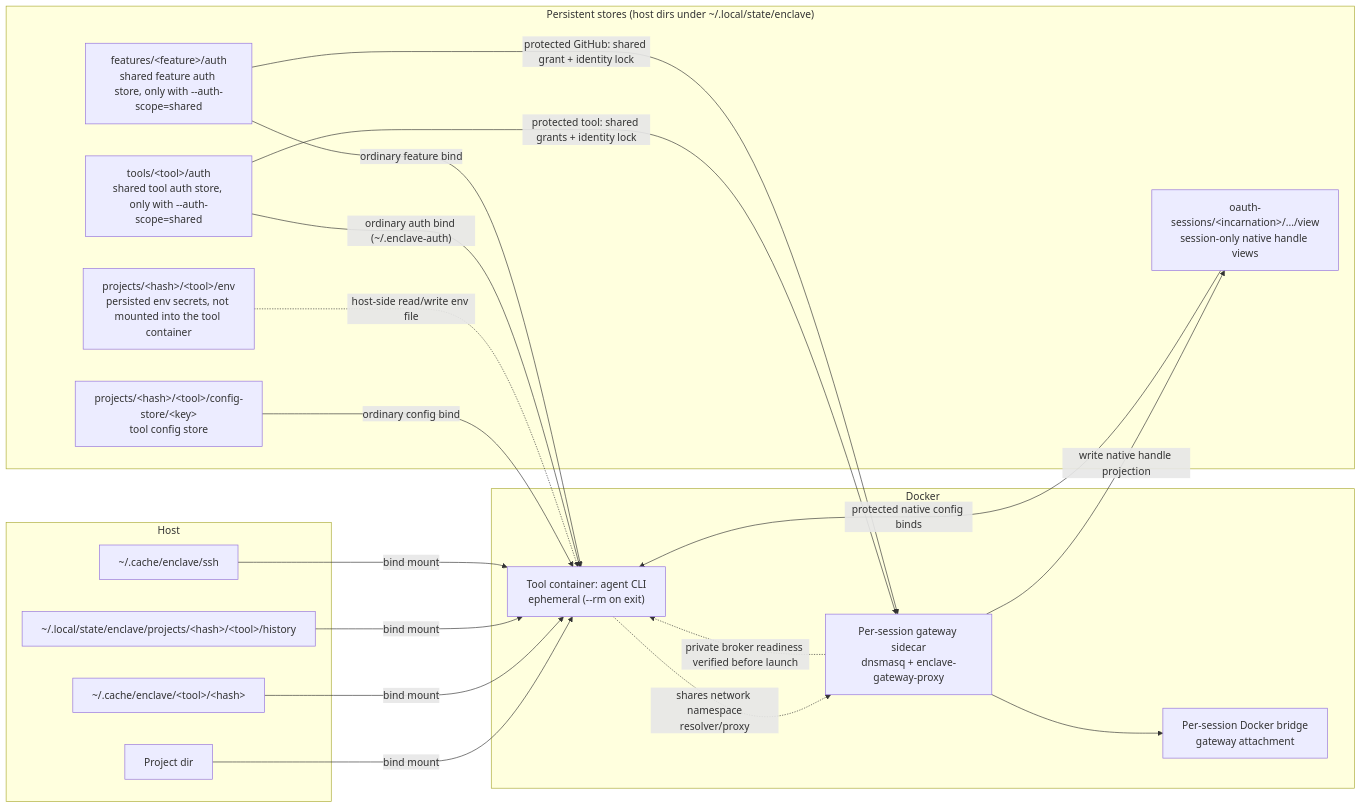
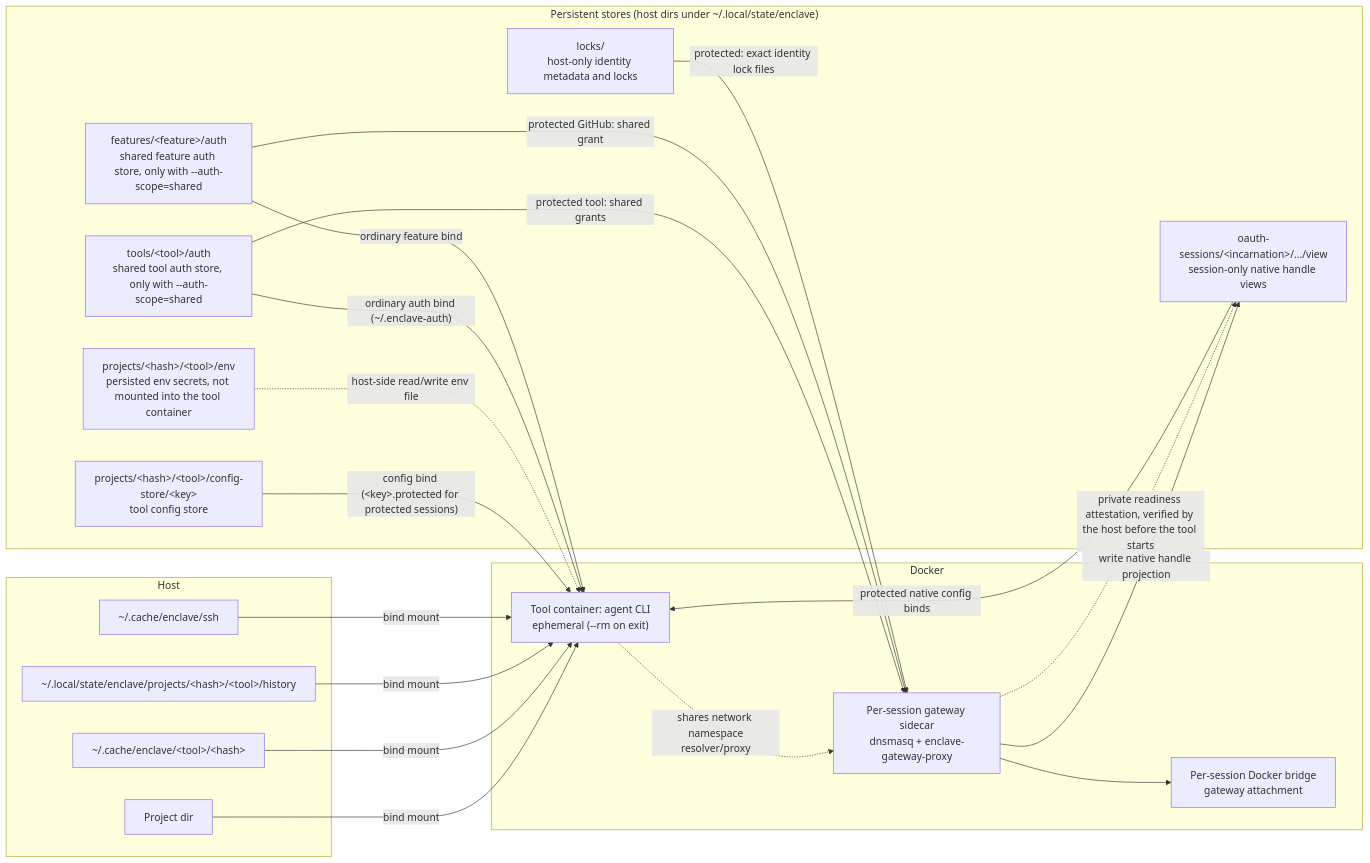
One commit to eclipse-enclave/enclave changed the first of 2 diagrams in docs/ARCHITECTURE.md. Above: the diagram before and after it, drawn with Mermaid. The commit also changed 13 other files, not shown here.

Commit message:
docs: align protected auth guarantees, layout and limits with the code

````diff
--- a/docs/ARCHITECTURE.md
+++ b/docs/ARCHITECTURE.md
@@ -33,39 +33,41 @@
 ```mermaid
 flowchart LR
     subgraph Host
         ProjectDir["Project dir"]
         CacheDir["~/.cache/enclave/&lt;tool&gt;/&lt;hash&gt;"]
         HistoryDir["~/.local/state/enclave/projects/&lt;hash&gt;/&lt;tool&gt;/history"]
         SSHDir["~/.cache/enclave/ssh"]
     end
 
     subgraph Stores["Persistent stores (host dirs under ~/.local/state/enclave)"]
         ConfigStore["projects/&lt;hash&gt;/&lt;tool&gt;/config-store/&lt;key&gt;<br/>tool config store"]
         EnvStore["projects/&lt;hash&gt;/&lt;tool&gt;/env<br/>persisted env secrets, not mounted into the tool container"]
         SharedAuthStore["tools/&lt;tool&gt;/auth<br/>shared tool auth store, only with --auth-scope=shared"]
         FeatureAuthStore["features/&lt;feature&gt;/auth<br/>shared feature auth store, only with --auth-scope=shared"]
         ProtectedViews["oauth-sessions/&lt;incarnation&gt;/.../view<br/>session-only native handle views"]
+        Locks["locks/<br/>host-only identity metadata and locks"]
     end
 
     subgraph Docker
         DnsNet["Per-session Docker bridge<br/>gateway attachment"]
         Gateway["Per-session gateway sidecar<br/>dnsmasq + enclave-gateway-proxy"]
         Tool["Tool container: agent CLI<br/>ephemeral (--rm on exit)"]
     end
 
     ProjectDir -->|"bind mount"| Tool
     CacheDir -->|"bind mount"| Tool
     HistoryDir -->|"bind mount"| Tool
     SSHDir -->|"bind mount"| Tool
-    ConfigStore -->|"ordinary config bind"| Tool
+    ConfigStore -->|"config bind (&lt;key&gt;.protected for protected sessions)"| Tool
     EnvStore -.->|"host-side read/write env file"| Tool
     SharedAuthStore -->|"ordinary auth bind (~/.enclave-auth)"| Tool
     FeatureAuthStore -->|"ordinary feature bind"| Tool
-    SharedAuthStore -->|"protected tool: shared grants + identity lock"| Gateway
-    FeatureAuthStore -->|"protected GitHub: shared grant + identity lock"| Gateway
+    SharedAuthStore -->|"protected tool: shared grants"| Gateway
+    FeatureAuthStore -->|"protected GitHub: shared grant"| Gateway
+    Locks -->|"protected: exact identity lock files"| Gateway
     Gateway -->|"write native handle projection"| ProtectedViews
-    Gateway -.->|"private broker readiness verified before launch"| Tool
+    Gateway -.->|"private readiness attestation, verified by the host before the tool starts"| ProtectedViews
     ProtectedViews -->|"protected native config binds"| Tool
     Gateway --> DnsNet
     Tool -.->|"shares network namespace<br/>resolver/proxy"| Gateway
 ```
````
